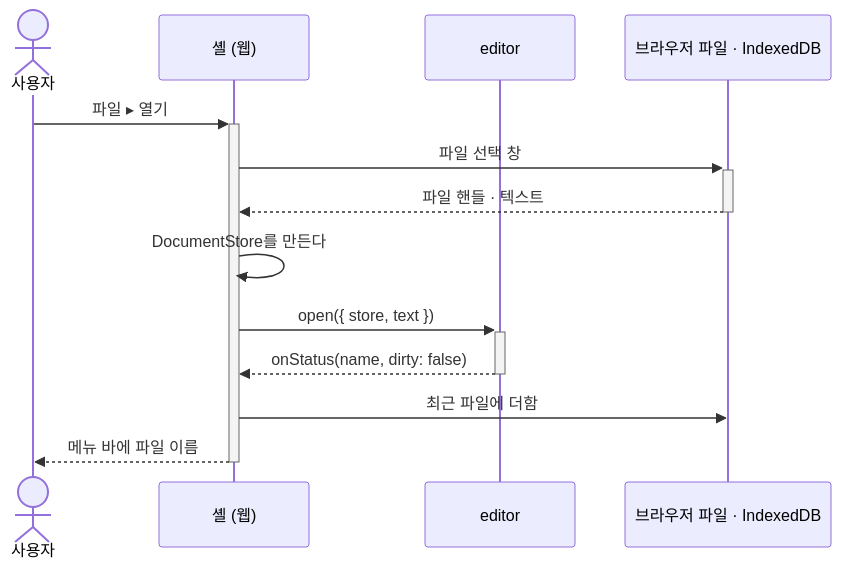
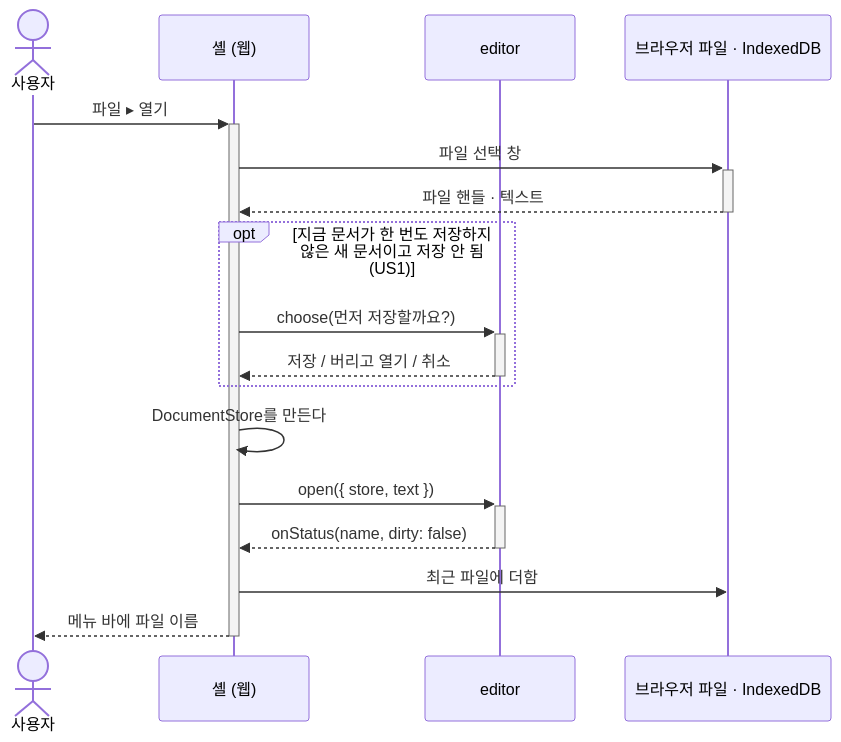
Before and after one commit to reddiana/AriadneNSD: the second of 2 diagrams in docs/04-design/03-editor.md, drawn with Mermaid. The commit also changed other lines of this file and 21 other files, not shown here.

````diff
--- a/docs/04-design/03-editor.md
+++ b/docs/04-design/03-editor.md
@@ -406,15 +409,19 @@
 ```mermaid
 sequenceDiagram
     actor U as 사용자
     participant S as 셸 (웹)
     participant E as editor
     participant F as 브라우저 파일 · IndexedDB
     U->>+S: 파일 ▸ 열기
     S->>+F: 파일 선택 창
     F-->>-S: 파일 핸들 · 텍스트
+    opt 지금 문서가 한 번도 저장하지 않은 새 문서이고 저장 안 됨 (US1)
+        S->>+E: choose(먼저 저장할까요?)
+        E-->>-S: 저장 / 버리고 열기 / 취소
+    end
     S->>S: DocumentStore를 만든다
     S->>+E: open({ store, text })
     E-->>-S: onStatus(name, dirty: false)
     S->>F: 최근 파일에 더함
     S-->>-U: 메뉴 바에 파일 이름
 ```
````
